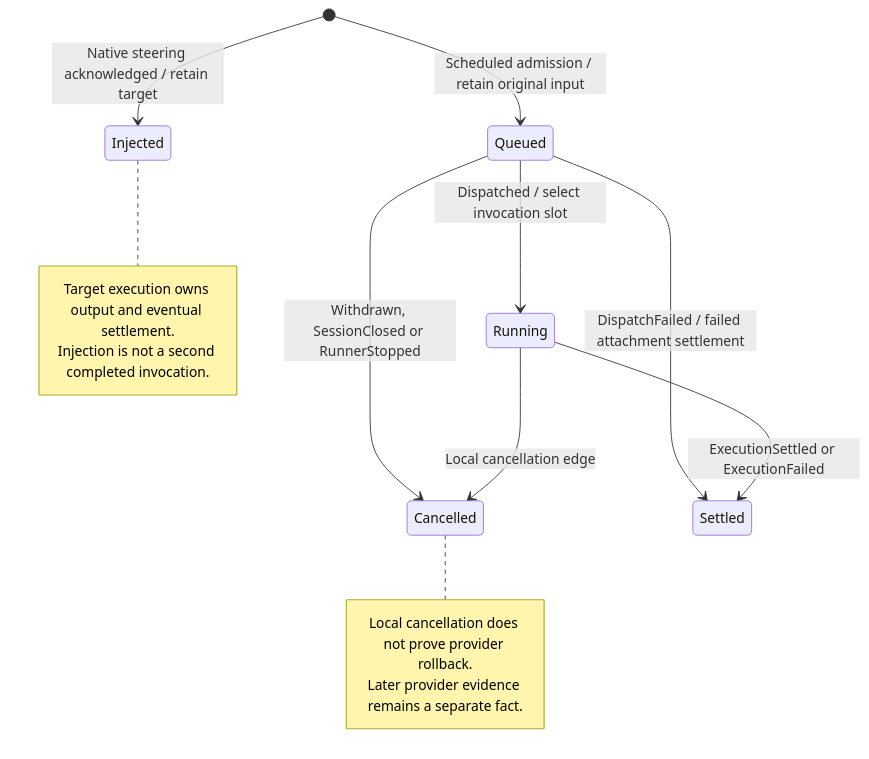
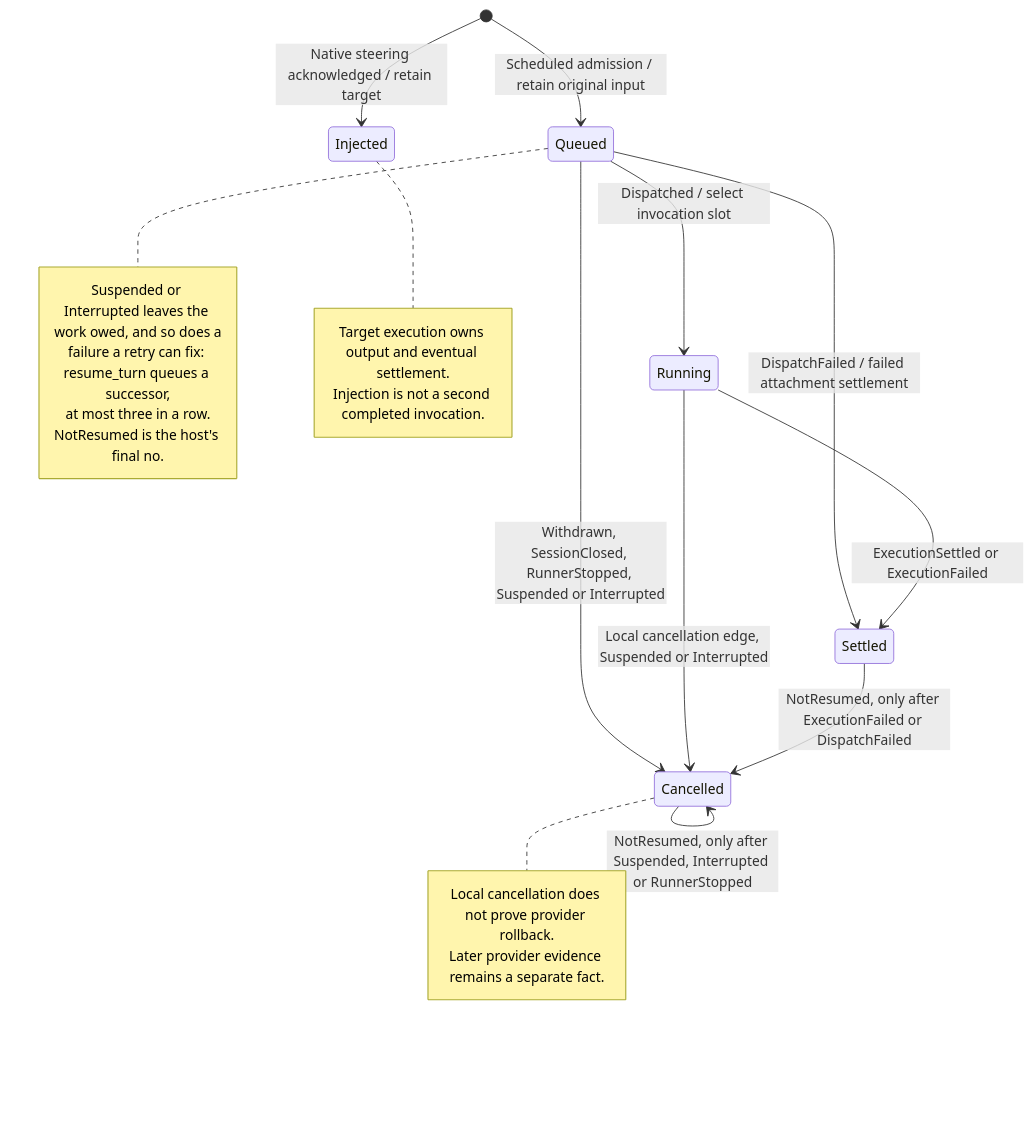
The diagram in docs/state/services/sdk/scheduling.md (nessalabs/nessa-agent), drawn with Mermaid before and after one commit. The commit also changed other lines of this file and 45 other files, not shown here.

First line of the commit message:
Resume agents a restart, shutdown or provider failure cut off (#974)

````diff
--- a/docs/state/services/sdk/scheduling.md
+++ b/docs/state/services/sdk/scheduling.md
@@ -23,18 +23,26 @@
 ```mermaid
 stateDiagram-v2
     [*] --> Queued: Scheduled admission / retain original input
     Queued --> Running: Dispatched / select invocation slot
-    Queued --> Cancelled: Withdrawn, SessionClosed or RunnerStopped
+    Queued --> Cancelled: Withdrawn, SessionClosed, RunnerStopped, Suspended or Interrupted
     Queued --> Settled: DispatchFailed / failed attachment settlement
     Running --> Settled: ExecutionSettled or ExecutionFailed
-    Running --> Cancelled: Local cancellation edge
+    Running --> Cancelled: Local cancellation edge, Suspended or Interrupted
+    Cancelled --> Cancelled: NotResumed, only after Suspended, Interrupted or RunnerStopped
+    Settled --> Cancelled: NotResumed, only after ExecutionFailed or DispatchFailed
+    note right of Queued
+        Suspended or Interrupted leaves the work owed, and so does a
+        failure a retry can fix: resume_turn queues a successor,
+        at most three in a row.
+        NotResumed is the host's final no.
+    end note
     [*] --> Injected: Native steering acknowledged / retain target
     note right of Injected
         Target execution owns output and eventual settlement.
         Injection is not a second completed invocation.
     end note
     note right of Cancelled
         Local cancellation does not prove provider rollback.
         Later provider evidence remains a separate fact.
     end note
 ```
````
